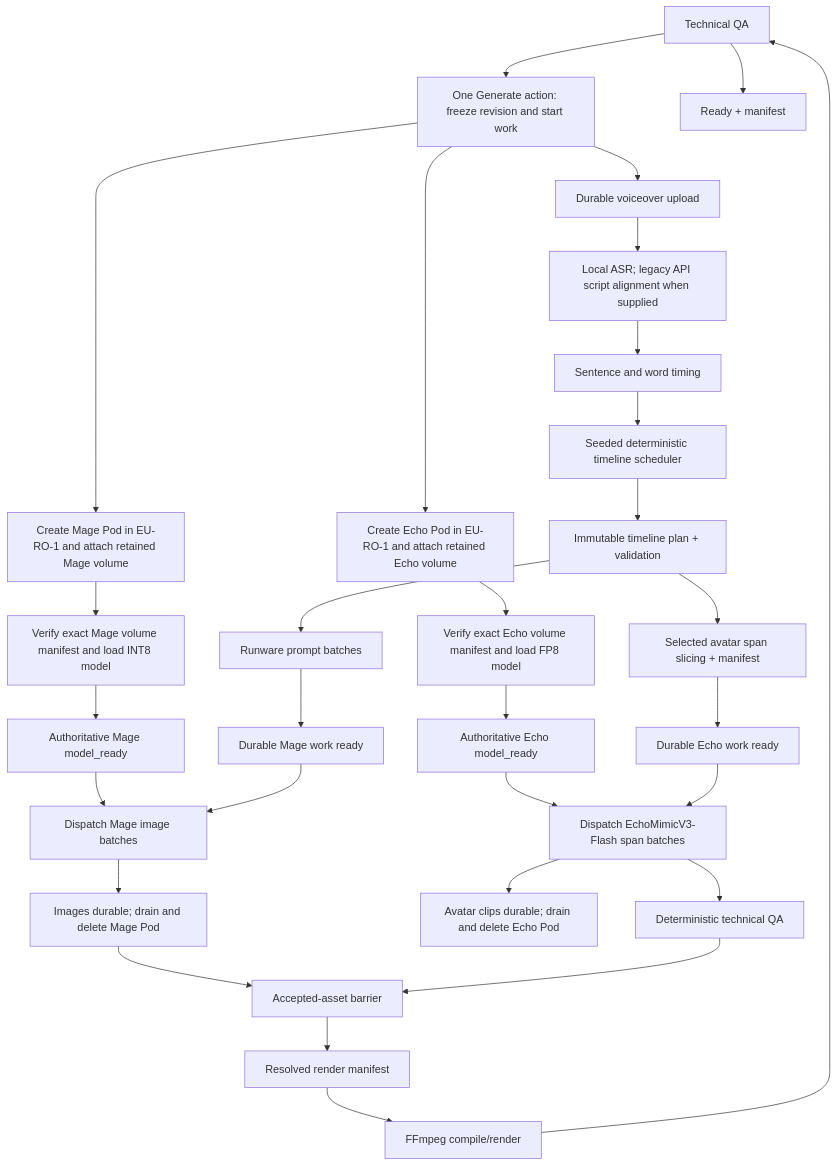
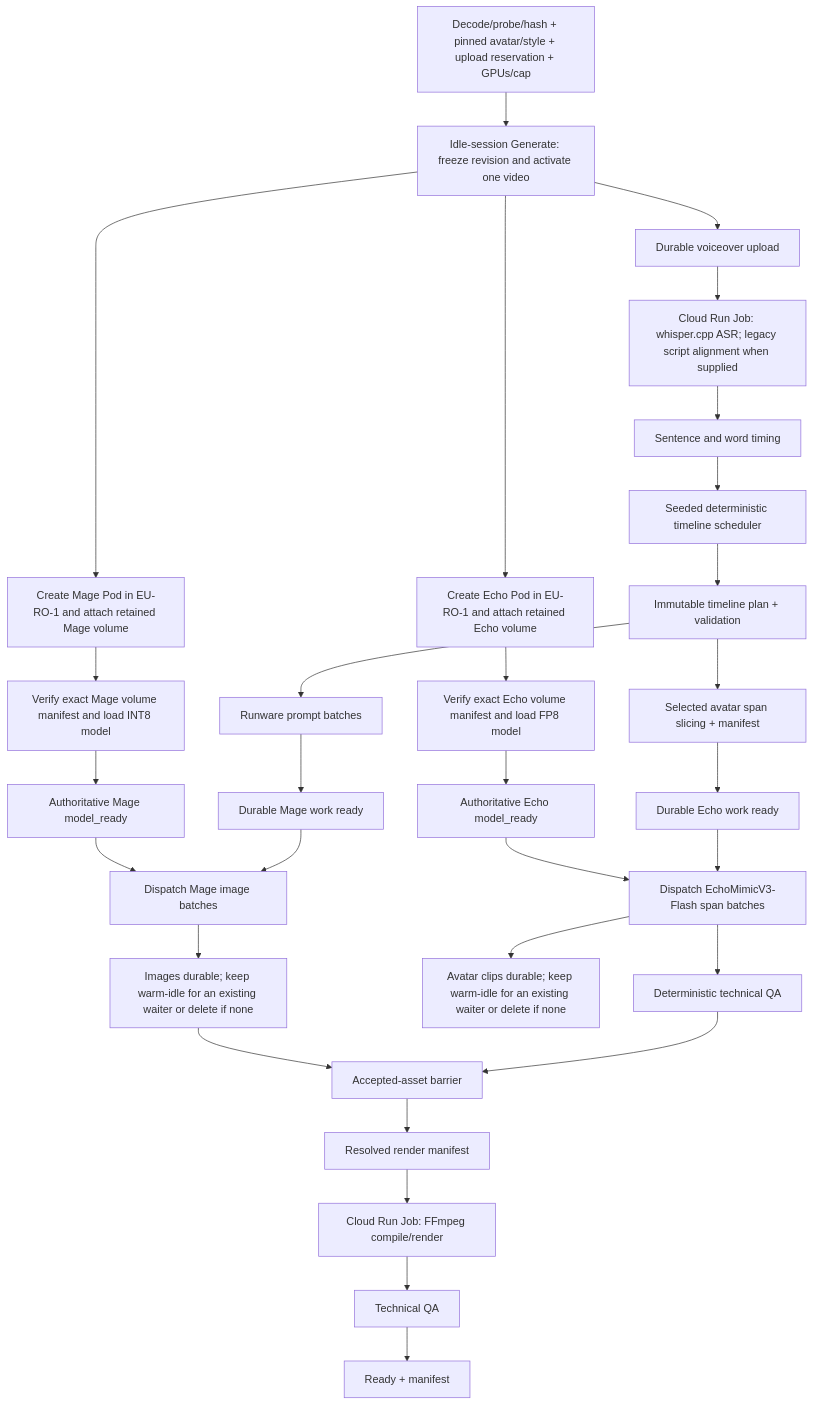
One commit to Pala-LakshmanSai/videoforge changed the diagram in project-context/07_PIPELINE_AND_SCHEDULER.md. Above: the diagram before and after it, drawn with Mermaid. The commit also changed other lines of this file and 29 other files, not shown here.

Commit message:
lock global shared MVP checkpoint roadmap

````diff
--- a/project-context/07_PIPELINE_AND_SCHEDULER.md
+++ b/project-context/07_PIPELINE_AND_SCHEDULER.md
@@ -8,32 +24,32 @@
 ```mermaid
 flowchart TD
-    P["Local decode/probe/hash + pinned avatar/style + upload reservation + GPUs/cap"] --> A["One Generate action: freeze revision and start work"]
+    P["Decode/probe/hash + pinned avatar/style + upload reservation + GPUs/cap"] --> A["Idle-session Generate: freeze revision and activate one video"]
     A --> B["Durable voiceover upload"]
     A --> M0["Create Mage Pod in EU-RO-1 and attach retained Mage volume"]
     A --> E0["Create Echo Pod in EU-RO-1 and attach retained Echo volume"]
     M0 --> M1["Verify exact Mage volume manifest and load INT8 model"]
     E0 --> E1["Verify exact Echo volume manifest and load FP8 model"]
     M1 --> MR["Authoritative Mage model_ready"]
     E1 --> ER["Authoritative Echo model_ready"]
-    B --> C["Local ASR; legacy API script alignment when supplied"]
+    B --> C["Cloud Run Job: whisper.cpp ASR; legacy script alignment when supplied"]
     C --> D["Sentence and word timing"]
     D --> E["Seeded deterministic timeline scheduler"]
     E --> F["Immutable timeline plan + validation"]
     F --> G["Runware prompt batches"]
     F --> H["Selected avatar span slicing + manifest"]
     G --> I0["Durable Mage work ready"]
     H --> J0["Durable Echo work ready"]
     MR --> I["Dispatch Mage image batches"]
     I0 --> I
     ER --> J["Dispatch EchoMimicV3-Flash span batches"]
     J0 --> J
-    I --> ID["Images durable; drain and delete Mage Pod"]
-    J --> JD["Avatar clips durable; drain and delete Echo Pod"]
+    I --> ID["Images durable; keep warm-idle for an existing waiter or delete if none"]
+    J --> JD["Avatar clips durable; keep warm-idle for an existing waiter or delete if none"]
     J --> K["Deterministic technical QA"]
     ID --> N["Accepted-asset barrier"]
     K --> N
     N --> R["Resolved render manifest"]
-    R --> O["FFmpeg compile/render"]
-    O --> P["Technical QA"]
-    P --> Q["Ready + manifest"]
+    R --> O["Cloud Run Job: FFmpeg compile/render"]
+    O --> TQ["Technical QA"]
+    TQ --> Q["Ready + manifest"]
 ```
````
